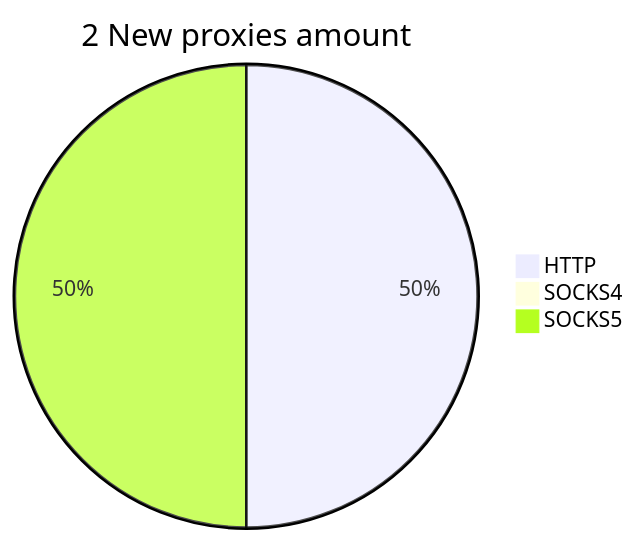
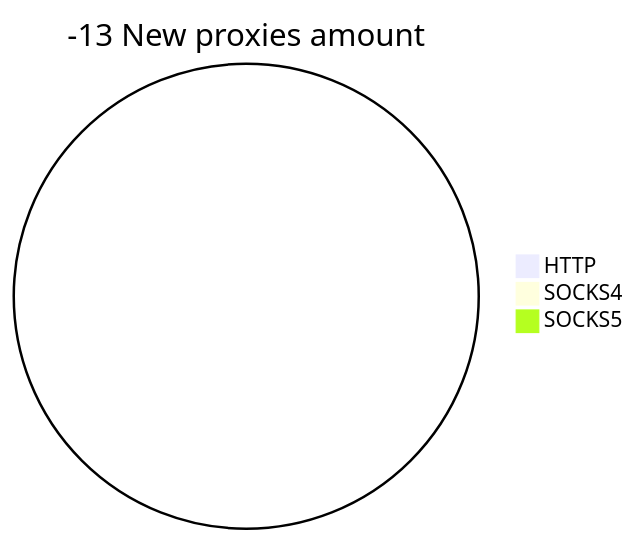
Before and after one commit to cutipu/proxylist: the second of 2 diagrams in README.md, drawn with Mermaid. The commit also changed other lines of this file, not shown here.

````diff
--- a/README.md
+++ b/README.md
@@ -10,6 +10,6 @@
 ```mermaid
-pie title 2 New proxies amount
-    "HTTP" : 1
+pie title -13 New proxies amount
+    "HTTP" : 0
     "SOCKS4" : 0
-    "SOCKS5" : 1
+    "SOCKS5" : 0
 ```
````
